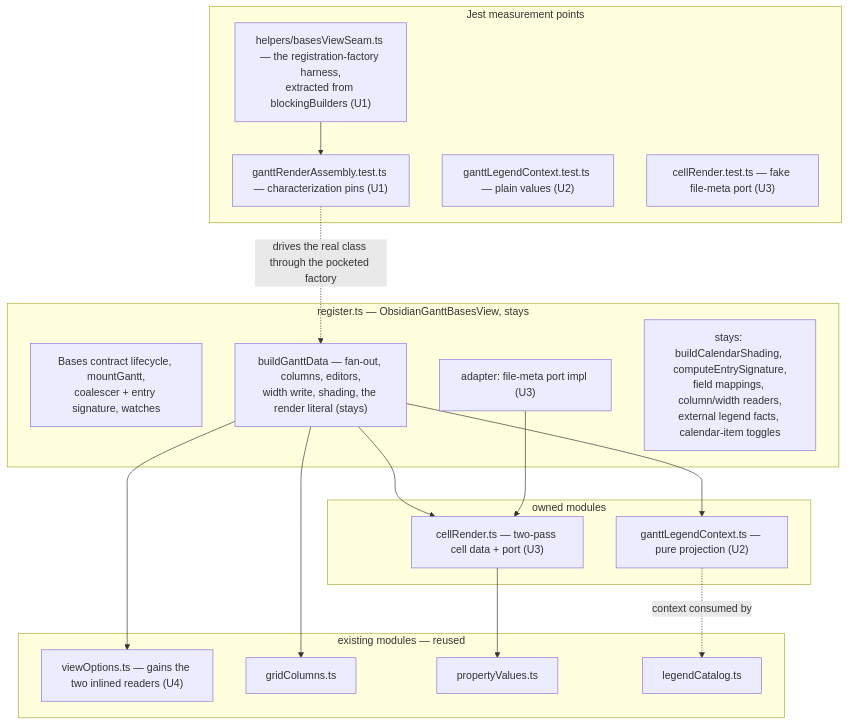
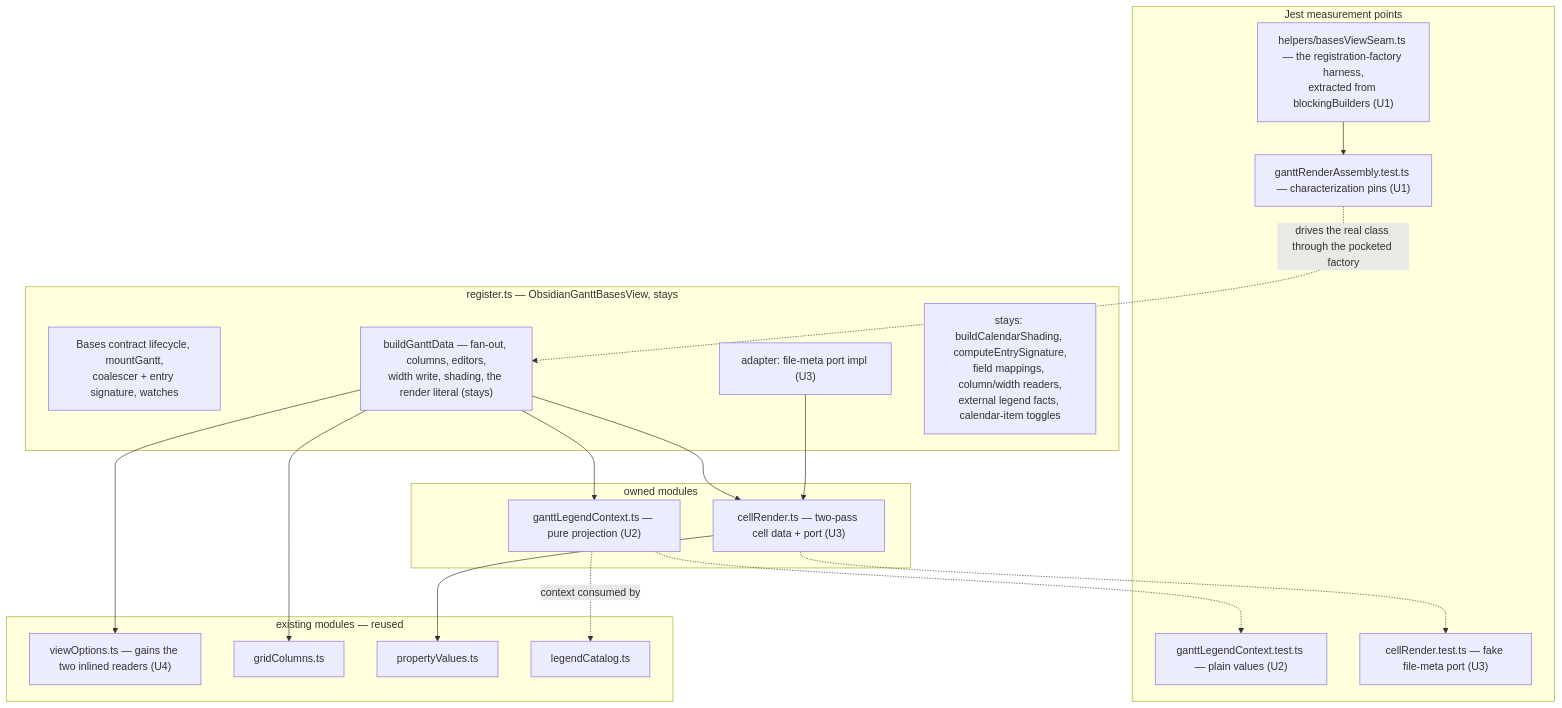
Before and after one commit to renatomen/tasknotes-gantt: the first of 2 diagrams in docs/plans/2026-08-29-001-refactor-register-render-data-extraction-plan.md, drawn with Mermaid. The commit also changed other lines of this file, not shown here.

````diff
--- a/docs/plans/2026-08-29-001-refactor-register-render-data-extraction-plan.md
+++ b/docs/plans/2026-08-29-001-refactor-register-render-data-extraction-plan.md
@@ -154,34 +154,36 @@
 ```mermaid
 flowchart TB
   subgraph host [register.ts — ObsidianGanttBasesView, stays]
     LC["Bases contract lifecycle, mountGantt,\ncoalescer + entry signature, watches"]
     BGD["buildGanttData — fan-out, columns, editors,\nwidth write, shading, the render literal (stays)"]
     AD["adapter: file-meta port impl (U3)"]
     KEEP["stays: buildCalendarShading, computeEntrySignature,\nfield mappings, column/width readers,\nexternal legend facts, calendar-item toggles"]
   end
   subgraph new [owned modules]
     LG["ganttLegendContext.ts — pure projection (U2)"]
     CD["cellRender.ts — two-pass cell data + port (U3)"]
   end
   subgraph reuse [existing modules — reused]
     VO["viewOptions.ts — gains the two inlined readers (U4)"]
     GC["gridColumns.ts"]
     PV["propertyValues.ts"]
     LCat["legendCatalog.ts"]
   end
   subgraph tests [Jest measurement points]
     H["helpers/basesViewSeam.ts — the registration-factory harness,\nextracted from blockingBuilders (U1)"]
     T0["ganttRenderAssembly.test.ts — characterization pins (U1)"]
     T1["ganttLegendContext.test.ts — plain values (U2)"]
     T2["cellRender.test.ts — fake file-meta port (U3)"]
   end
   BGD --> LG
   BGD --> CD
   AD --> CD
   BGD --> VO
   BGD --> GC
   CD --> PV
   LG -.->|"context consumed by"| LCat
   H --> T0
   T0 -.->|"drives the real class through the pocketed factory"| BGD
+  LG -.-> T1
+  CD -.-> T2
 ```
````
